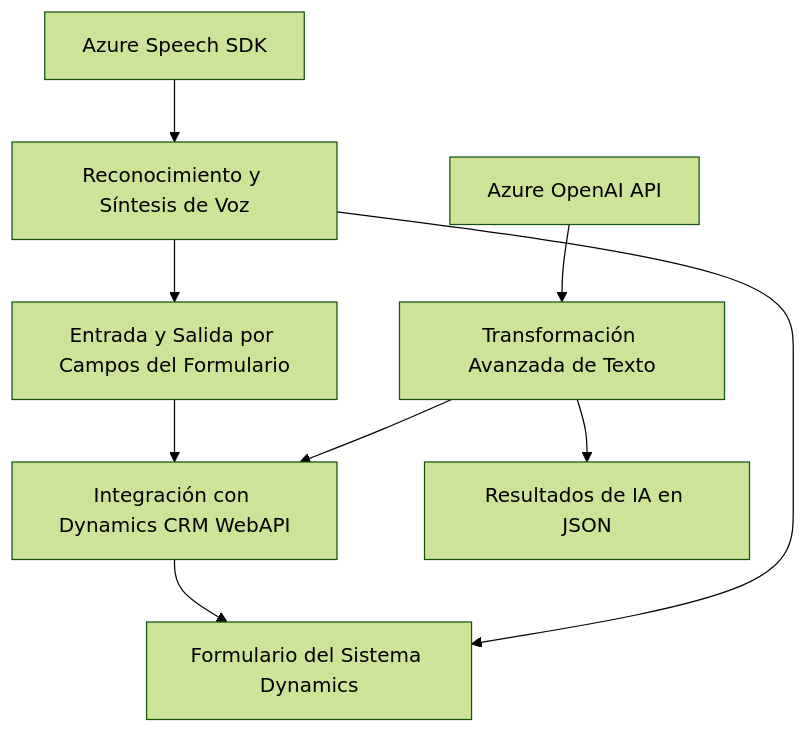
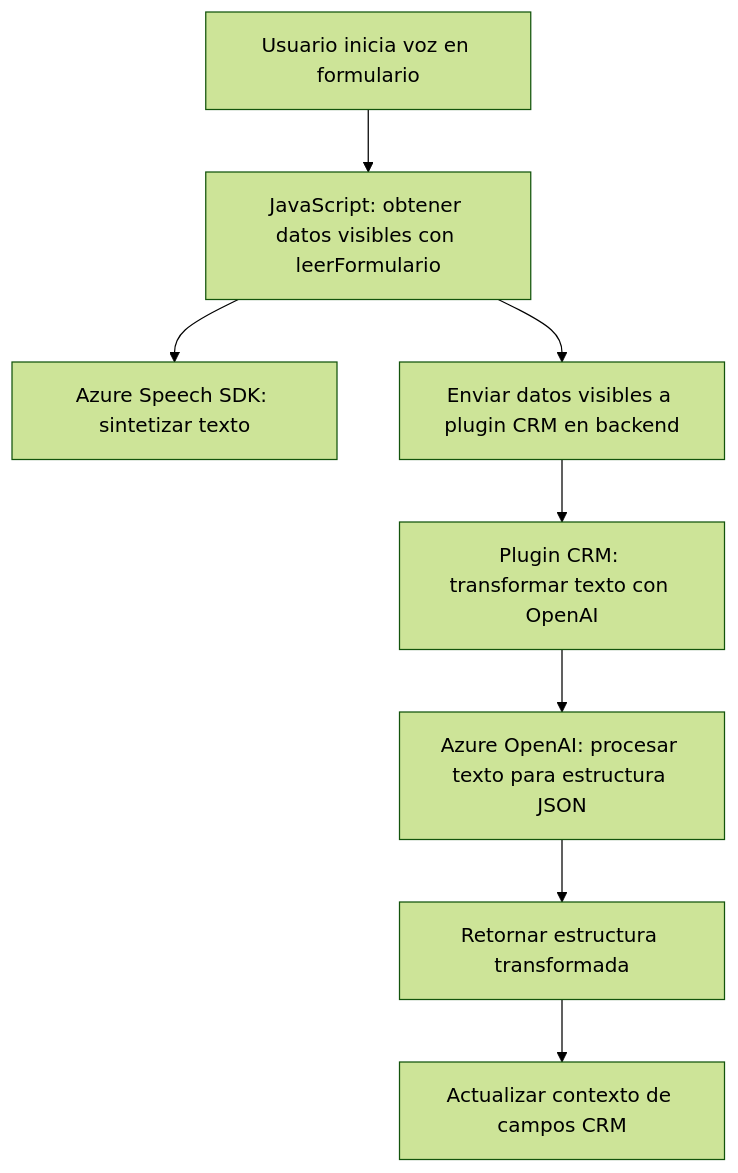
The diagram in README.md (blopezdm/NETCORE_BILBAO2025), drawn with Mermaid (forest theme) before and after one commit. The commit also changed other lines of this file, not shown here.

Commit message:
Actualizar análisis global de la solución con IA

````diff
--- a/README.md
+++ b/README.md
@@ -44,13 +28,19 @@
 ```mermaid
 graph TD
-    A["Azure Speech SDK"] --> B["Reconocimiento y Síntesis de Voz"]
-    B --> C["Entrada y Salida por Campos del Formulario"]
-    C --> D["Integración con Dynamics CRM WebAPI"]
-
-    E["Azure OpenAI API"] --> F["Transformación Avanzada de Texto"]
-    F --> D
-
-    D --> G["Formulario del Sistema Dynamics"]
-    B --> G
-    F --> H["Resultados de IA en JSON"]
+    A["Usuario inicia voz en formulario"]
+    B["JavaScript: obtener datos visibles con leerFormulario"]
+    C["Azure Speech SDK: sintetizar texto"]
+    D["Enviar datos visibles a plugin CRM en backend"]
+    E["Plugin CRM: transformar texto con OpenAI"]
+    F["Azure OpenAI: procesar texto para estructura JSON"]
+    G["Retornar estructura transformada"]
+    H["Actualizar contexto de campos CRM"]
+    
+    A --> B
+    B --> C
+    B --> D
+    D --> E
+    E --> F
+    F --> G
+    G --> H
 ```
````
